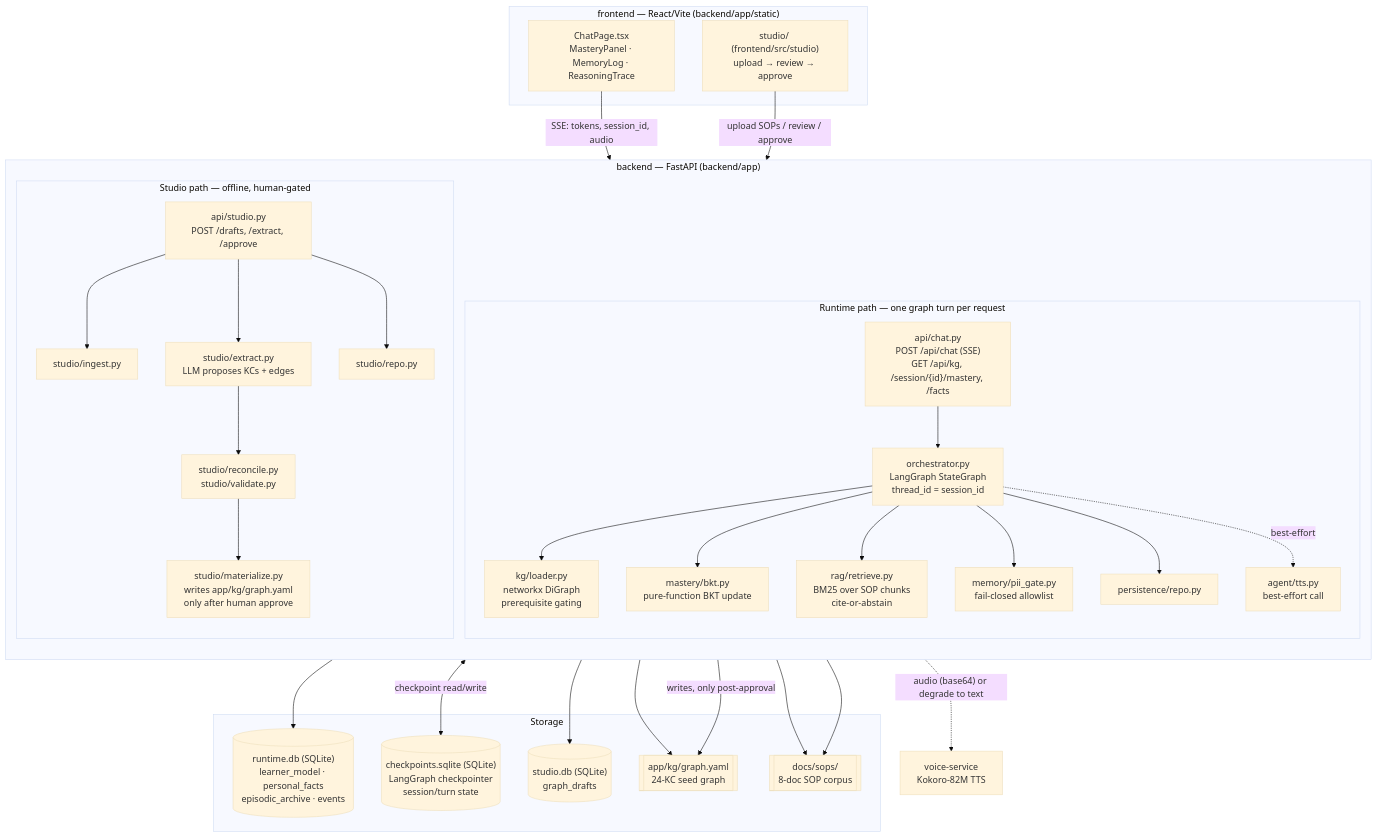
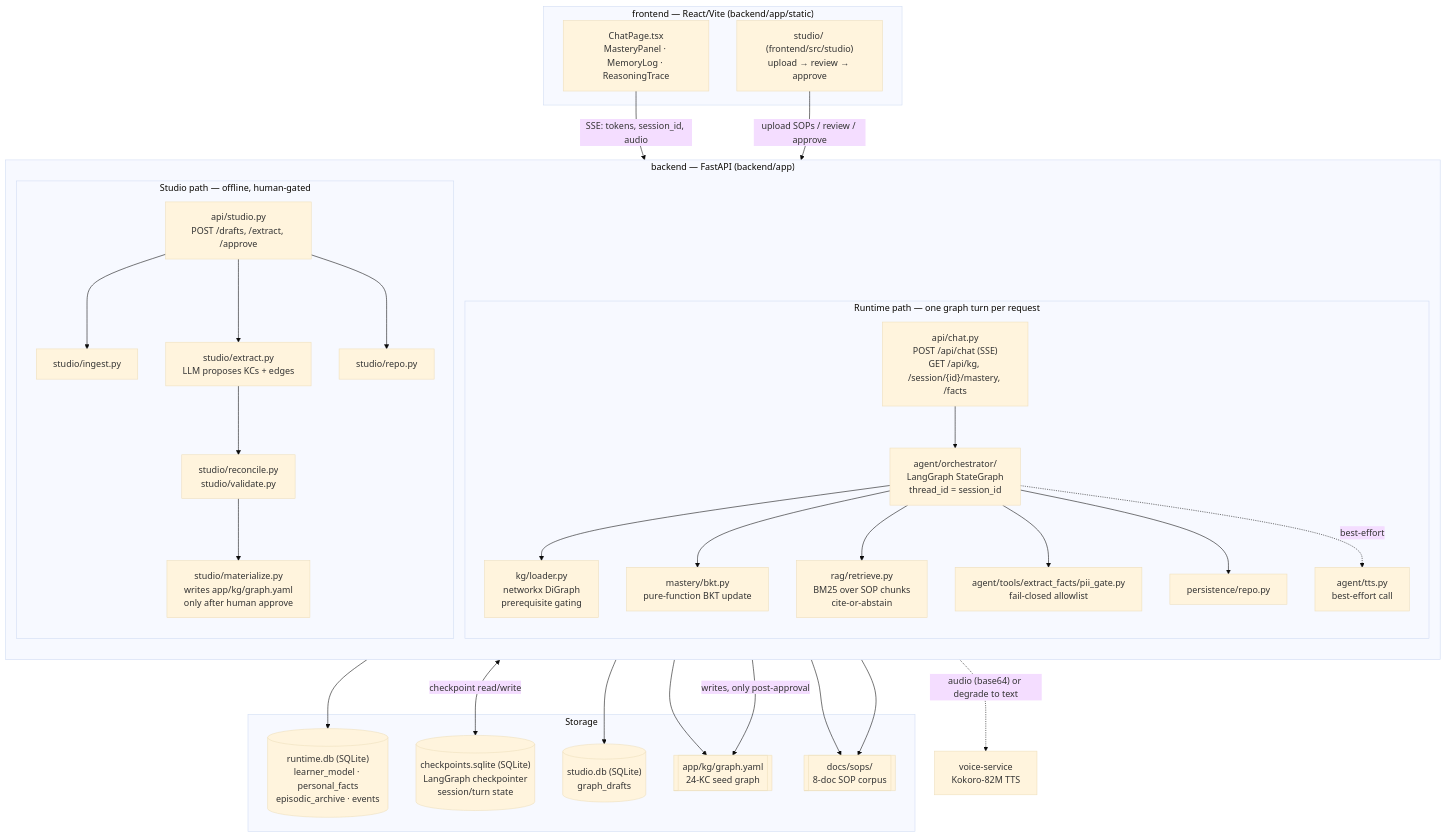
Before and after one commit to manuelmarting/hr-training-agentic-system: the first of 2 diagrams in README.md, drawn with Mermaid (base theme). The commit also changed other lines of this file and 20 other files, not shown here.

````diff
--- a/README.md
+++ b/README.md
@@ -23,57 +23,57 @@
 ```mermaid
 flowchart TB
     subgraph FE["frontend — React/Vite (backend/app/static)"]
         Chat["ChatPage.tsx\nMasteryPanel · MemoryLog · ReasoningTrace"]
         Studio["studio/ (frontend/src/studio)\nupload → review → approve"]
     end
 
     subgraph BE["backend — FastAPI (backend/app)"]
         direction TB
 
         subgraph RuntimePath["Runtime path — one graph turn per request"]
             ChatAPI["api/chat.py\nPOST /api/chat (SSE)\nGET /api/kg, /session/{id}/mastery, /facts"]
-            Orchestrator["orchestrator.py\nLangGraph StateGraph\nthread_id = session_id"]
+            Orchestrator["agent/orchestrator/\nLangGraph StateGraph\nthread_id = session_id"]
             KG["kg/loader.py\nnetworkx DiGraph\nprerequisite gating"]
             BKT["mastery/bkt.py\npure-function BKT update"]
             RAG["rag/retrieve.py\nBM25 over SOP chunks\ncite-or-abstain"]
-            PII["memory/pii_gate.py\nfail-closed allowlist"]
+            PII["agent/tools/extract_facts/pii_gate.py\nfail-closed allowlist"]
             Repo["persistence/repo.py"]
             TTSClient["agent/tts.py\nbest-effort call"]
         end
 
         subgraph StudioPath["Studio path — offline, human-gated"]
             StudioAPI["api/studio.py\nPOST /drafts, /extract, /approve"]
             Ingest["studio/ingest.py"]
             Extract["studio/extract.py\nLLM proposes KCs + edges"]
             Reconcile["studio/reconcile.py\nstudio/validate.py"]
             Materialize["studio/materialize.py\nwrites app/kg/graph.yaml\nonly after human approve"]
             StudioRepo["studio/repo.py"]
         end
     end
 
     subgraph Data["Storage"]
         RuntimeDB[("runtime.db (SQLite)\nlearner_model · personal_facts\nepisodic_archive · events")]
         CheckpointDB[("checkpoints.sqlite (SQLite)\nLangGraph checkpointer\nsession/turn state")]
         StudioDB[("studio.db (SQLite)\ngraph_drafts")]
         KGYaml[["app/kg/graph.yaml\n24-KC seed graph"]]
         SOPs[["docs/sops/\n8-doc SOP corpus"]]
     end
 
     Voice["voice-service\nKokoro-82M TTS"]
 
     Chat -- "SSE: tokens, session_id, audio" --> ChatAPI
     ChatAPI --> Orchestrator
     Orchestrator <-- "checkpoint read/write" --> CheckpointDB
     Orchestrator --> KG --> KGYaml
     Orchestrator --> BKT
     Orchestrator --> RAG --> SOPs
     Orchestrator --> PII
     Orchestrator --> Repo --> RuntimeDB
     Orchestrator -. "best-effort" .-> TTSClient -. "audio (base64) or degrade to text" .-> Voice
 
     Studio -- "upload SOPs / review / approve" --> StudioAPI
     StudioAPI --> Ingest --> SOPs
     StudioAPI --> Extract --> Reconcile --> Materialize
     StudioAPI --> StudioRepo --> StudioDB
     Materialize -- "writes, only post-approval" --> KGYaml
 ```
````
